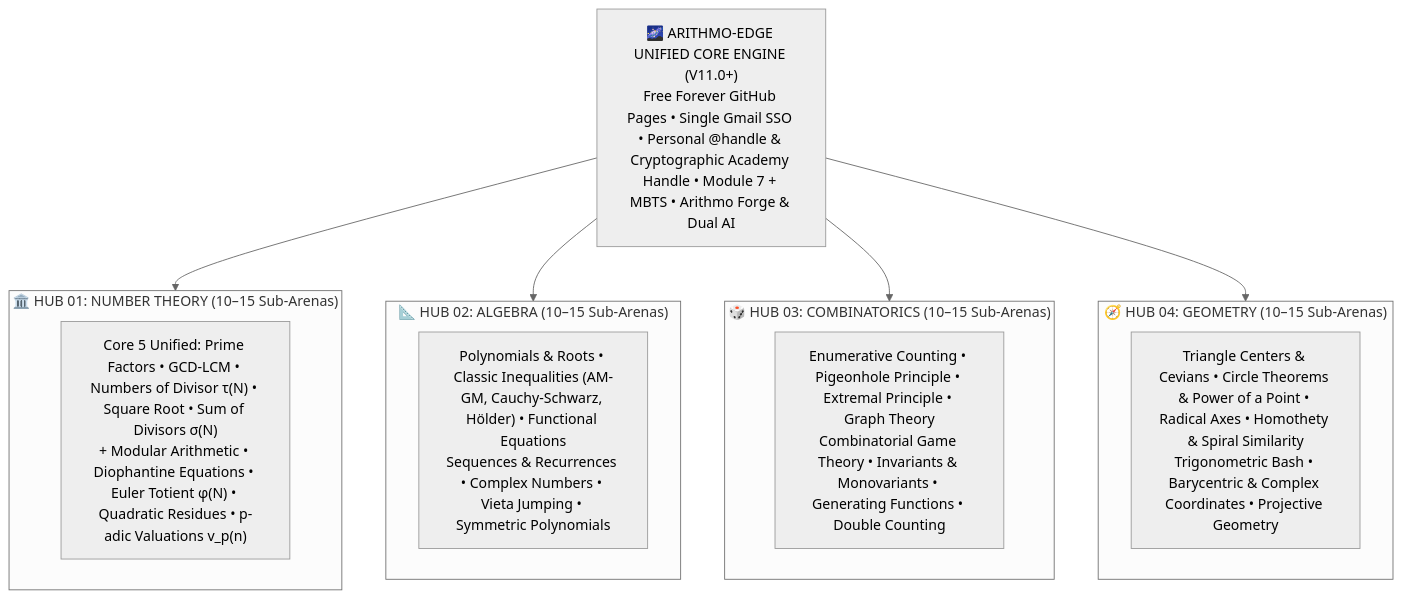
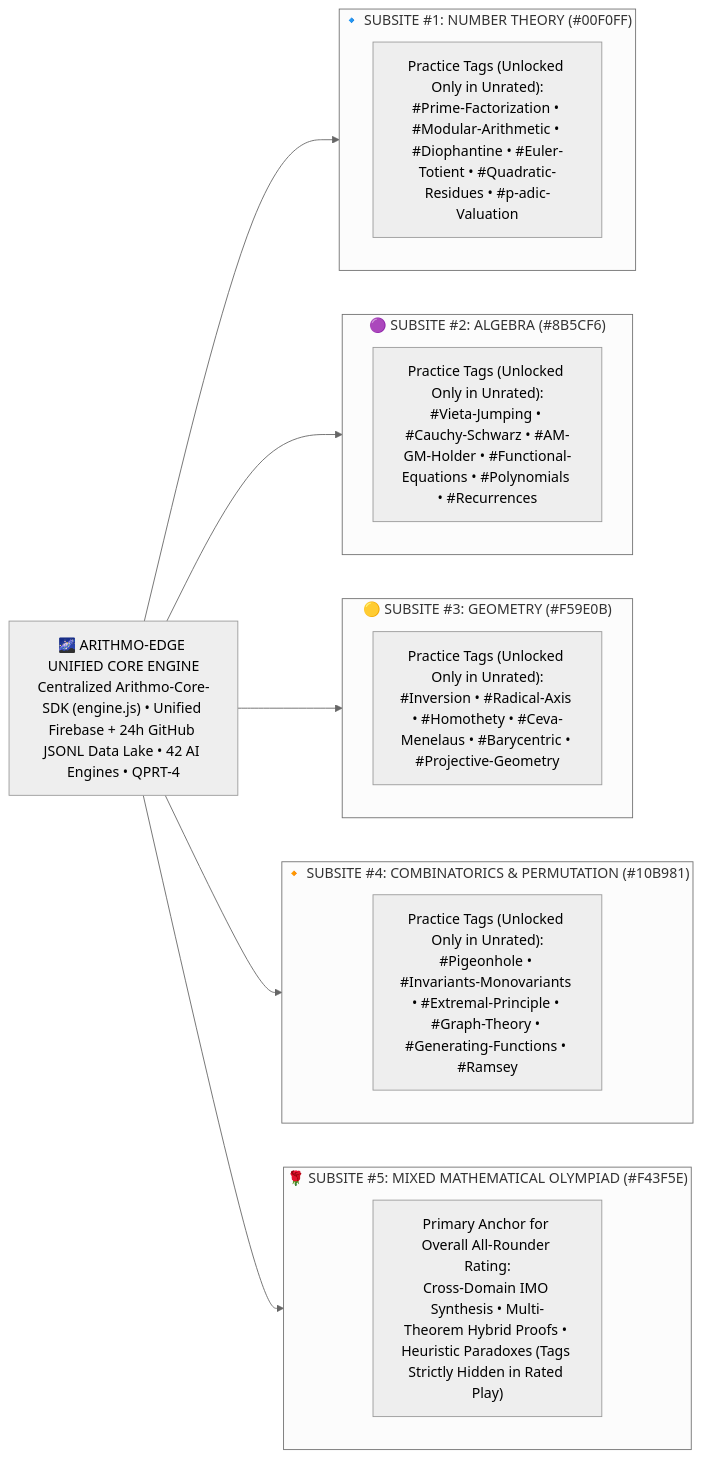
Before and after one commit to Arithmo-Edge/BluePrint: the second of 2 diagrams in README.md, drawn with Mermaid (neutral theme). The commit also changed other lines of this file and 1 other file, not shown here.

````diff
--- a/README.md
+++ b/README.md
@@ -98,25 +100,30 @@
-```mermaid
-flowchart TB
-    CORE["🌌 ARITHMO-EDGE UNIFIED CORE ENGINE (V11.0+)<br/>Free Forever GitHub Pages • Single Gmail SSO • Personal @handle & Cryptographic Academy Handle • Module 7 + MBTS • Arithmo Forge & Dual AI"]
+<div class="mermaid">
+flowchart LR
+    CORE["🌌 ARITHMO-EDGE UNIFIED CORE ENGINE<br/>Centralized Arithmo-Core-SDK (engine.js) • Unified Firebase + 24h GitHub JSONL Data Lake • 42 AI Engines • QPRT-4"]
 
-    subgraph H1["🏛️ HUB 01: NUMBER THEORY (10–15 Sub-Arenas)"]
-        NT["Core 5 Unified: Prime Factors • GCD-LCM • Numbers of Divisor τ(N) • Square Root • Sum of Divisors σ(N)<br/>+ Modular Arithmetic • Diophantine Equations • Euler Totient φ(N) • Quadratic Residues • p-adic Valuations v_p(n)"]
+    subgraph A1["🔹 SUBSITE #1: NUMBER THEORY (#00F0FF)"]
+        NT["Practice Tags (Unlocked Only in Unrated):<br/>#Prime-Factorization • #Modular-Arithmetic • #Diophantine • #Euler-Totient • #Quadratic-Residues • #p-adic-Valuation"]
     end
 
-    subgraph H2["📐 HUB 02: ALGEBRA (10–15 Sub-Arenas)"]
-        ALG["Polynomials & Roots • Classic Inequalities (AM-GM, Cauchy-Schwarz, Hölder) • Functional Equations<br/>Sequences & Recurrences • Complex Numbers • Vieta Jumping • Symmetric Polynomials"]
+    subgraph A2["🟣 SUBSITE #2: ALGEBRA (#8B5CF6)"]
+        ALG["Practice Tags (Unlocked Only in Unrated):<br/>#Vieta-Jumping • #Cauchy-Schwarz • #AM-GM-Holder • #Functional-Equations • #Polynomials • #Recurrences"]
     end
 
-    subgraph H3["🎲 HUB 03: COMBINATORICS (10–15 Sub-Arenas)"]
-        COMB["Enumerative Counting • Pigeonhole Principle • Extremal Principle • Graph Theory<br/>Combinatorial Game Theory • Invariants & Monovariants • Generating Functions • Double Counting"]
+    subgraph A3["🟡 SUBSITE #3: GEOMETRY (#F59E0B)"]
+        GEO["Practice Tags (Unlocked Only in Unrated):<br/>#Inversion • #Radical-Axis • #Homothety • #Ceva-Menelaus • #Barycentric • #Projective-Geometry"]
     end
 
-    subgraph H4["🧭 HUB 04: GEOMETRY (10–15 Sub-Arenas)"]
-        GEO["Triangle Centers & Cevians • Circle Theorems & Power of a Point • Radical Axes • Homothety & Spiral Similarity<br/>Trigonometric Bash • Barycentric & Complex Coordinates • Projective Geometry"]
+    subgraph A4["🔸 SUBSITE #4: COMBINATORICS & PERMUTATION (#10B981)"]
+        COMB["Practice Tags (Unlocked Only in Unrated):<br/>#Pigeonhole • #Invariants-Monovariants • #Extremal-Principle • #Graph-Theory • #Generating-Functions • #Ramsey"]
     end
 
-    CORE --> H1
-    CORE --> H2
-    CORE --> H3
-    CORE --> H4
-```
+    subgraph A5["🌹 SUBSITE #5: MIXED MATHEMATICAL OLYMPIAD (#F43F5E)"]
+        MIX["Primary Anchor for Overall All-Rounder Rating:<br/>Cross-Domain IMO Synthesis • Multi-Theorem Hybrid Proofs • Heuristic Paradoxes (Tags Strictly Hidden in Rated Play)"]
+    end
+
+    CORE --> A1
+    CORE --> A2
+    CORE --> A3
+    CORE --> A4
+    CORE --> A5
+</div>
````
